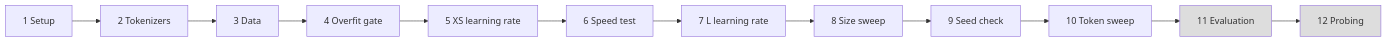
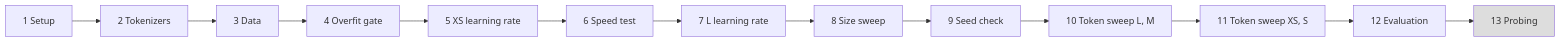
The diagram in results/EXPERIMENT_LOG.md (AshishSinha5/chess-lm), drawn with Mermaid before and after one commit. The commit also changed other lines of this file and 23 other files, not shown here.

First line of the commit message:
Log token sweep for XS and S and the Stockfish evaluation (G18, G19)

````diff
--- a/results/EXPERIMENT_LOG.md
+++ b/results/EXPERIMENT_LOG.md
@@ -7,16 +7,16 @@
 ```mermaid
 flowchart LR
   A[1 Setup] --> B[2 Tokenizers]
   B --> C[3 Data]
   C --> D[4 Overfit gate]
   D --> E[5 XS learning rate]
   E --> F[6 Speed test]
   F --> G[7 L learning rate]
   G --> H[8 Size sweep]
   H --> S[9 Seed check]
-  S --> I[10 Token sweep]
-  I --> J[11 Evaluation]
-  J --> K[12 Probing]
-  style J fill:#ddd
+  S --> I[10 Token sweep L, M]
+  I --> T[11 Token sweep XS, S]
+  T --> J[12 Evaluation]
+  J --> K[13 Probing]
   style K fill:#ddd
 ```
````
